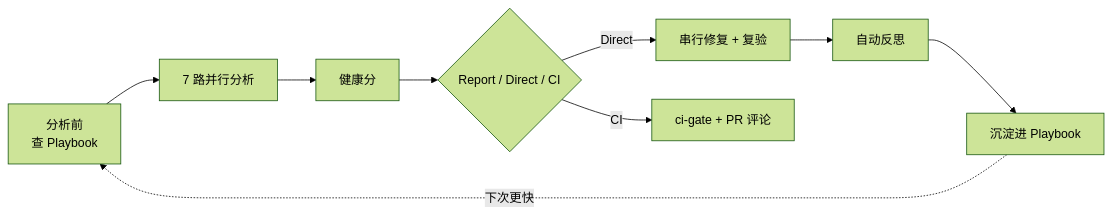
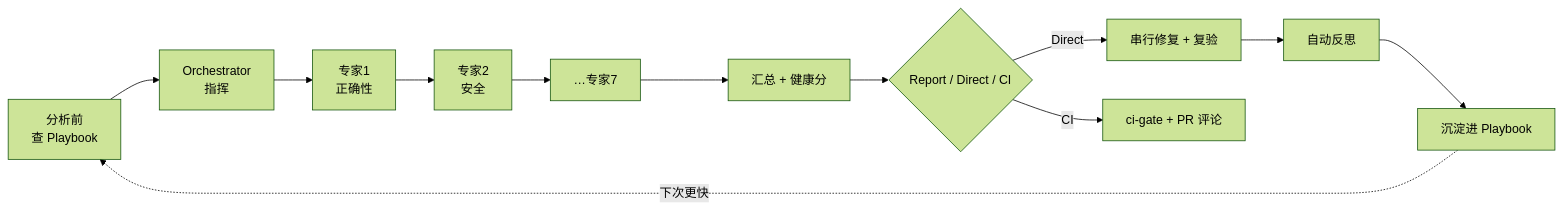
The first of 2 diagrams in README.md (whitequeen306/code-cortex-loop), drawn with Mermaid (forest theme) before and after one commit. The commit also changed other lines of this file and 32 other files, not shown here.

````diff
--- a/README.md
+++ b/README.md
@@ -37,11 +37,14 @@
 ```mermaid
 flowchart LR
-  pre["分析前<br/>查 Playbook"] --> analyze["7 路并行分析"]
-  analyze --> Score["健康分"]
+  pre["分析前<br/>查 Playbook"] --> orch["Orchestrator<br/>指挥"]
+  orch --> e1["专家1<br/>正确性"]
+  e1 --> e2["专家2<br/>安全"]
+  e2 --> e7["…专家7"]
+  e7 --> Score["汇总 + 健康分"]
   Score --> Out{"Report / Direct / CI"}
   Out -->|Direct| Fix["串行修复 + 复验"]
   Fix --> reflect["自动反思"]
   reflect --> record["沉淀进 Playbook"]
   record -.下次更快.-> pre
   Out -->|CI| Gate["ci-gate + PR 评论"]
 ```
````
